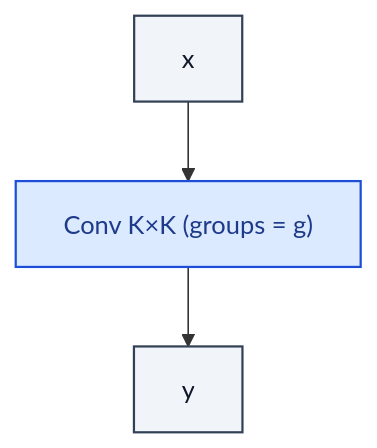
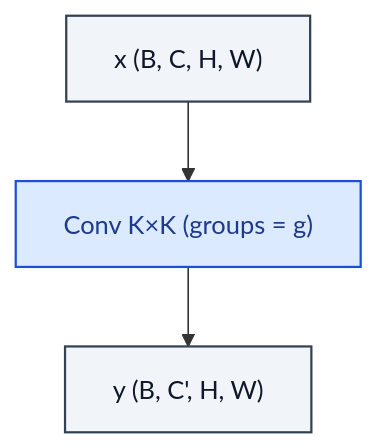
The diagram in core/GroupConv2d.md (RealityShifts/Srivastava-book-of-Blocks-diagrams), drawn with Mermaid before and after one commit. The commit also changed 123 other files, not shown here.

````diff
--- a/core/GroupConv2d.md
+++ b/core/GroupConv2d.md
@@ -7,17 +7,18 @@
 ```mermaid
 flowchart TD
-    n0_0["x"]:::io
+    n0_0["x  (B, C, H, W)"]:::io
     n1_0["Conv K×K  (groups = g)"]:::op
-    n2_0["y"]:::io
+    n2_0["y  (B, C', H, W)"]:::io
     n0_0 --> n1_0
     n1_0 --> n2_0
     classDef io fill:#f1f5f9,stroke:#334155,stroke-width:1.4px,color:#0f172a
     classDef op fill:#dbeafe,stroke:#1d4ed8,stroke-width:1.4px,color:#1e3a8a
     classDef norm fill:#dcfce7,stroke:#15803d,stroke-width:1.4px,color:#14532d
     classDef act fill:#ffedd5,stroke:#c2410c,stroke-width:1.4px,color:#7c2d12
     classDef attn fill:#ede9fe,stroke:#6d28d9,stroke-width:1.4px,color:#4c1d95
     classDef merge fill:#fef3c7,stroke:#b45309,stroke-width:1.4px,color:#78350f
     classDef emb fill:#fef9c3,stroke:#a16207,stroke-width:1.4px,color:#713f12
     classDef loss fill:#fee2e2,stroke:#b91c1c,stroke-width:1.4px,color:#7f1d1d
     classDef ctrl fill:#f5f5f4,stroke:#52525b,stroke-width:1.4px,color:#27272a
+    classDef ref fill:#e0f2fe,stroke:#0369a1,stroke-width:2px,color:#0c4a6e,stroke-dasharray: 4 2
 ```
````
